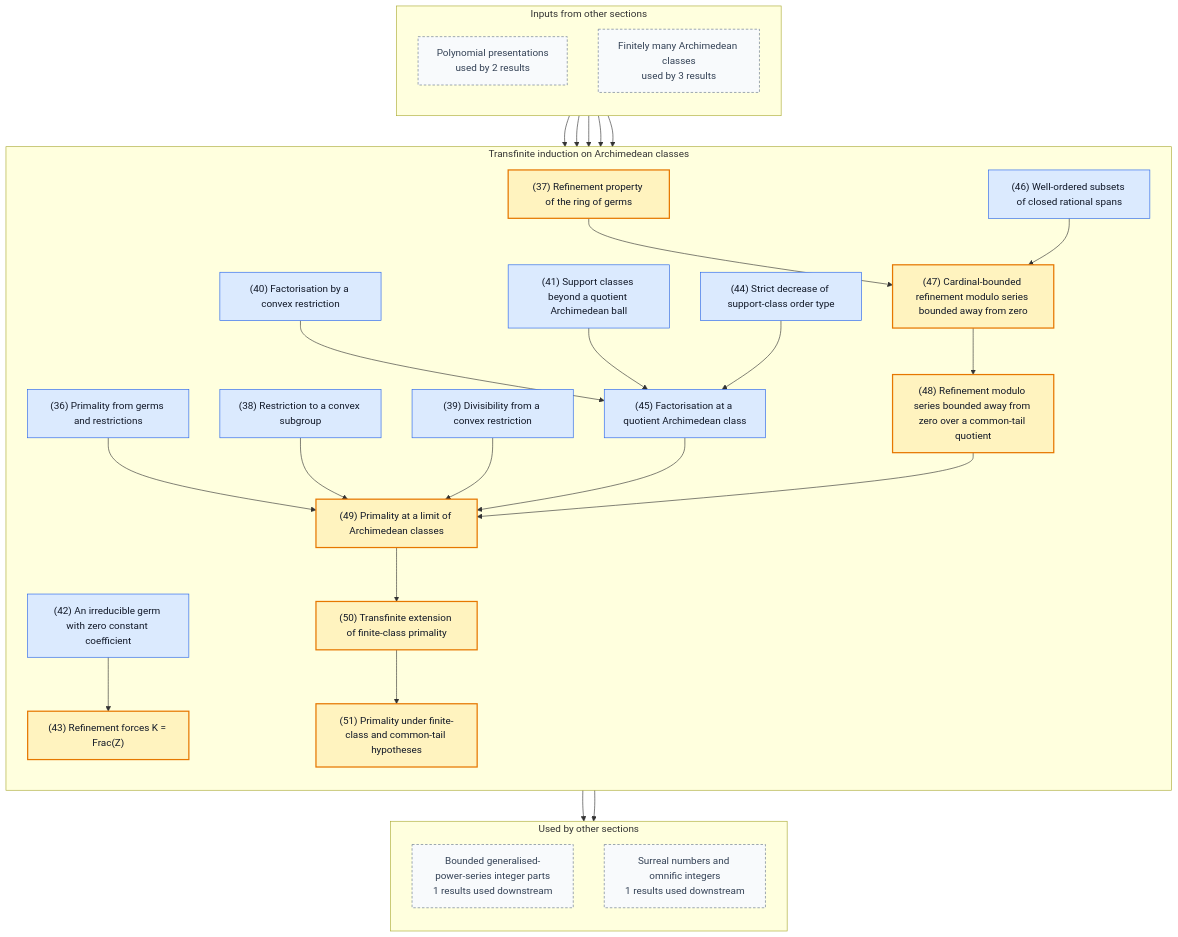
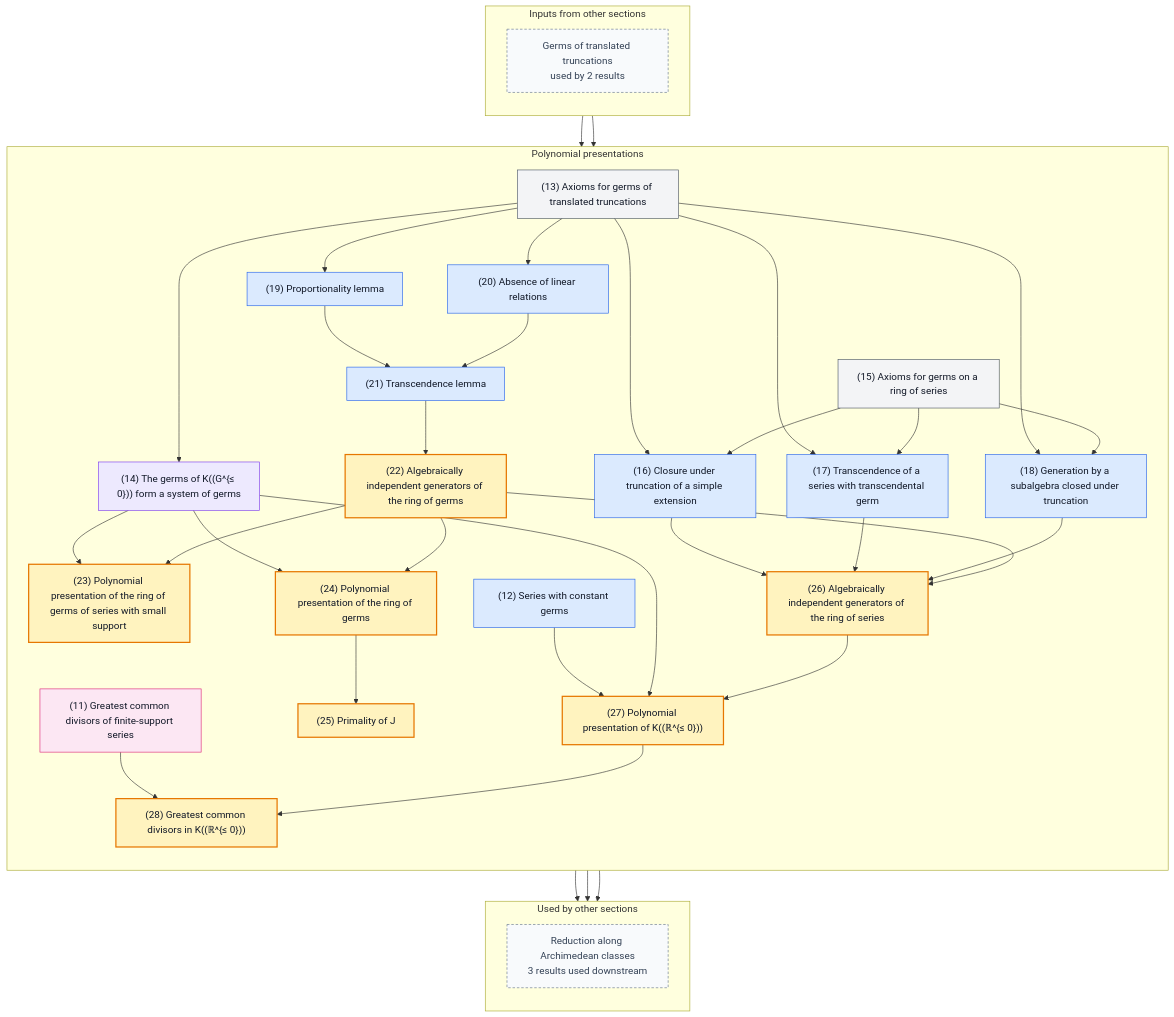
The fourth of 6 diagrams in README.md (gaearon/conway-refinement), drawn with Mermaid before and after one commit. The commit also changed other lines of this file and 27 other files, not shown here.

```diff
--- a/README.md
+++ b/README.md
@@ -432,71 +291,83 @@
 flowchart TB
   subgraph inputs["Inputs from other sections"]
     direction TB
-    in0["Polynomial presentations<br/>used by 2 results"]:::boundary
-    in1["Finitely many Archimedean classes<br/>used by 3 results"]:::boundary
+    in0["Germs of translated truncations<br/>used by 2 results"]:::boundary
   end
-  subgraph current["Transfinite induction on Archimedean classes"]
+  subgraph current["Polynomial presentations"]
     direction TB
-    n036["(36) Primality from germs and restrictions"]:::lemma
-    n037["(37) Refinement property of the ring of germs"]:::theorem
-    n038["(38) Restriction to a convex subgroup"]:::lemma
-    n039["(39) Divisibility from a convex restriction"]:::lemma
-    n040["(40) Factorisation by a convex restriction"]:::lemma
-    n041["(41) Support classes beyond a quotient Archimedean ball"]:::lemma
-    n042["(42) An irreducible germ with zero constant coefficient"]:::lemma
-    n043["(43) Refinement forces K = Frac(Z)"]:::theorem
-    n044["(44) Strict decrease of support-class order type"]:::lemma
-    n045["(45) Factorisation at a quotient Archimedean class"]:::lemma
-    n046["(46) Well-ordered subsets of closed rational spans"]:::lemma
-    n047["(47) Cardinal-bounded refinement modulo series bounded away from zero"]:::theorem
-    n048["(48) Refinement modulo series bounded away from zero over a common-tail quotient"]:::theorem
-    n049["(49) Primality at a limit of Archimedean classes"]:::theorem
-    n050["(50) Transfinite extension of finite-class primality"]:::theorem
-    n051["(51) Primality under finite-class and common-tail hypotheses"]:::theorem
+    n011["(11) Greatest common divisors of finite-support series"]:::fact
+    n012["(12) Series with constant germs"]:::lemma
+    n013["(13) Axioms for germs of translated truncations"]:::definition
+    n014["(14) The germs of K((G^{≤ 0})) form a system of germs"]:::proposition
+    n015["(15) Axioms for germs on a ring of series"]:::definition
+    n016["(16) Closure under truncation of a simple extension"]:::lemma
+    n017["(17) Transcendence of a series with transcendental germ"]:::lemma
+    n018["(18) Generation by a subalgebra closed under truncation"]:::lemma
+    n019["(19) Proportionality lemma"]:::lemma
+    n020["(20) Absence of linear relations"]:::lemma
+    n021["(21) Transcendence lemma"]:::lemma
+    n022["(22) Algebraically independent generators of the ring of germs"]:::theorem
+    n023["(23) Polynomial presentation of the ring of germs of series with small support"]:::theorem
+    n024["(24) Polynomial presentation of the ring of germs"]:::theorem
+    n025["(25) Primality of J"]:::theorem
+    n026["(26) Algebraically independent generators of the ring of series"]:::theorem
+    n027["(27) Polynomial presentation of K((ℝ^{≤ 0}))"]:::theorem
+    n028["(28) Greatest common divisors in K((ℝ^{≤ 0}))"]:::theorem
   end
   subgraph outputs["Used by other sections"]
     direction TB
-    out0["Bounded generalised-power-series integer parts<br/>1 results used downstream"]:::boundary
-    out1["Surreal numbers and omnific integers<br/>1 results used downstream"]:::boundary
+    out0["Reduction along Archimedean classes<br/>3 results used downstream"]:::boundary
   end
 
-  n042 --> n043
-  n040 --> n045
-  n041 --> n045
-  n044 --> n045
-  n037 --> n047
-  n046 --> n047
-  n047 --> n048
-  n036 --> n049
-  n038 --> n049
-  n039 --> n049
-  n045 --> n049
-  n048 --> n049
-  n049 --> n050
-  n050 --> n051
-  in0 --> n037
-  in0 --> n042
-  in1 --> n043
-  in1 --> n049
-  in1 --> n051
-  n051 --> out0
-  n050 --> out1
-  click n036 "https://gaearon.github.io/conway-refinement/#/result/primality-from-germs-and-restrictions" "Open the statement for lemma 36"
-  click n037 "https://gaearon.github.io/conway-refinement/#/result/complete-hahn-germ-refinement" "Open the statement for theorem 37"
-  click n038 "https://gaearon.github.io/conway-refinement/#/result/convex-restriction-ring-hom" "Open the statement for lemma 38"
-  click n039 "https://gaearon.github.io/conway-refinement/#/result/divisibility-from-convex-restriction" "Open the statement for lemma 39"
-  click n040 "https://gaearon.github.io/conway-refinement/#/result/factorisation-by-convex-restriction" "Open the statement for lemma 40"
-  click n041 "https://gaearon.github.io/conway-refinement/#/result/tail-quotient-class-bounds-support-classes" "Open the statement for lemma 41"
-  click n042 "https://gaearon.github.io/conway-refinement/#/result/irreducible-zero-constant-germ" "Open the statement for lemma 42"
-  click n043 "https://gaearon.github.io/conway-refinement/#/result/refinement-forces-coefficient-fraction-field" "Open the statement for theorem 43"
-  click n044 "https://gaearon.github.io/conway-refinement/#/result/support-class-order-type-strict-decrease" "Open the statement for lemma 44"
-  click n045 "https://gaearon.github.io/conway-refinement/#/result/support-class-factorisation" "Open the statement for lemma 45"
-  click n046 "https://gaearon.github.io/conway-refinement/#/result/well-ordered-subset-closed-rational-span-cardinality" "Open the statement for lemma 46"
-  click n047 "https://gaearon.github.io/conway-refinement/#/result/cardinal-bounded-germ-refinement" "Open the statement for theorem 47"
-  click n048 "https://gaearon.github.io/conway-refinement/#/result/complete-tail-quotient-refinement" "Open the statement for theorem 48"
-  click n049 "https://gaearon.github.io/conway-refinement/#/result/limit-tail-step" "Open the statement for theorem 49"
-  click n050 "https://gaearon.github.io/conway-refinement/#/result/limit-tail-primality" "Open the statement for theorem 50"
-  click n051 "https://gaearon.github.io/conway-refinement/#/result/hahn-integer-part-primality" "Open the statement for theorem 51"
+  n013 --> n014
+  n013 --> n016
+  n015 --> n016
+  n013 --> n017
+  n015 --> n017
+  n013 --> n018
+  n015 --> n018
+  n013 --> n019
+  n013 --> n020
+  n019 --> n021
+  n020 --> n021
+  n021 --> n022
+  n014 --> n023
+  n022 --> n023
+  n014 --> n024
+  n022 --> n024
+  n024 --> n025
+  n016 --> n026
+  n017 --> n026
+  n018 --> n026
+  n022 --> n026
+  n012 --> n027
+  n014 --> n027
+  n026 --> n027
+  n011 --> n028
+  n027 --> n028
+  in0 --> n012
+  in0 --> n014
+  n024 --> out0
+  n028 --> out0
+  n023 --> out0
+  click n011 "https://gaearon.github.io/conway-refinement/#/result/finite-support-hahn-gcd" "Open the statement for fact 11"
+  click n012 "https://gaearon.github.io/conway-refinement/#/result/constant-germs-finite-support" "Open the statement for lemma 12"
+  click n013 "https://gaearon.github.io/conway-refinement/#/result/germ-axioms" "Open the statement for definition 13"
+  click n014 "https://gaearon.github.io/conway-refinement/#/result/hahn-germs-axioms" "Open the statement for proposition 14"
+  click n015 "https://gaearon.github.io/conway-refinement/#/result/series-germ-axioms" "Open the statement for definition 15"
+  click n016 "https://gaearon.github.io/conway-refinement/#/result/truncation-closed-adjunction" "Open the statement for lemma 16"
+  click n017 "https://gaearon.github.io/conway-refinement/#/result/transcendence-of-series" "Open the statement for lemma 17"
+  click n018 "https://gaearon.github.io/conway-refinement/#/result/generation" "Open the statement for lemma 18"
+  click n019 "https://gaearon.github.io/conway-refinement/#/result/proportionality" "Open the statement for lemma 19"
+  click n020 "https://gaearon.github.io/conway-refinement/#/result/no-linear-relations" "Open the statement for lemma 20"
+  click n021 "https://gaearon.github.io/conway-refinement/#/result/transcendence" "Open the statement for lemma 21"
+  click n022 "https://gaearon.github.io/conway-refinement/#/result/germ-ring-generators" "Open the statement for theorem 22"
+  click n023 "https://gaearon.github.io/conway-refinement/#/result/bounded-hahn-germ-polynomial-algebra" "Open the statement for theorem 23"
+  click n024 "https://gaearon.github.io/conway-refinement/#/result/complete-hahn-germ-polynomial-algebra" "Open the statement for theorem 24"
+  click n025 "https://gaearon.github.io/conway-refinement/#/result/bounded-away-ideal-prime" "Open the statement for theorem 25"
+  click n026 "https://gaearon.github.io/conway-refinement/#/result/series-ring-generators" "Open the statement for theorem 26"
+  click n027 "https://gaearon.github.io/conway-refinement/#/result/hahn-series-polynomial-algebra" "Open the statement for theorem 27"
+  click n028 "https://gaearon.github.io/conway-refinement/#/result/hahn-series-gcd-domain" "Open the statement for theorem 28"
 
   classDef theorem fill:#fff3bf,stroke:#e67700,stroke-width:2px,color:#111827
   classDef definition fill:#f3f4f6,stroke:#4b5563,color:#111827
```
